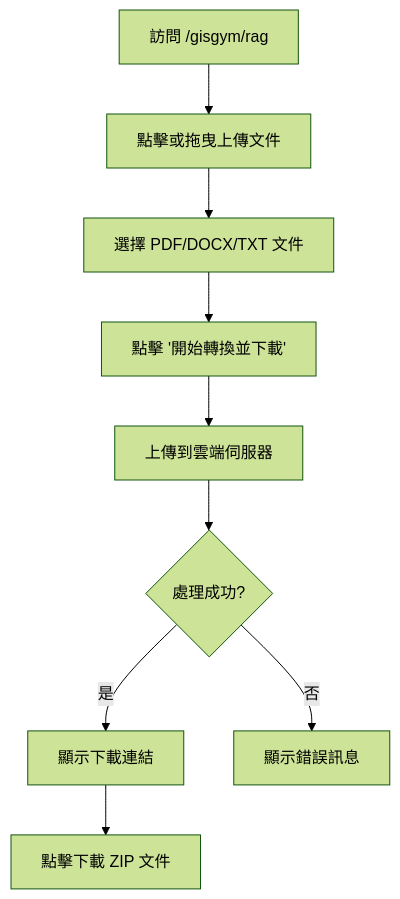
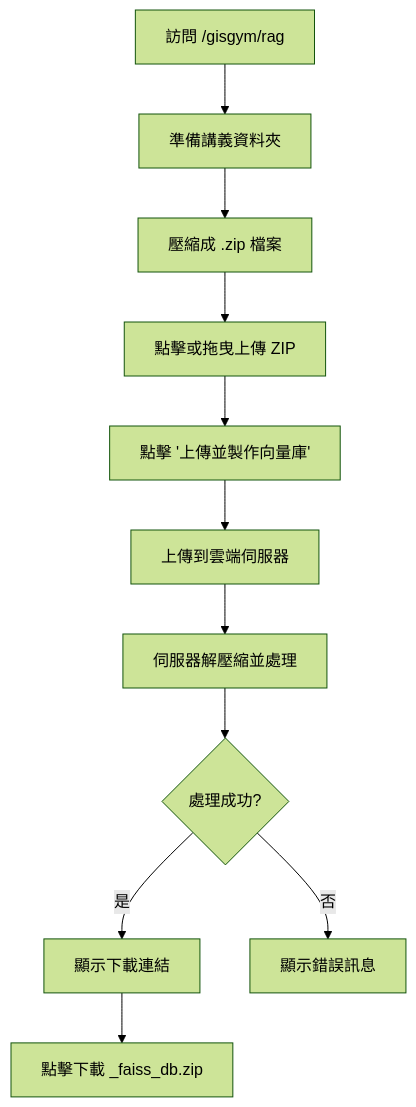
Before and after one commit to kevin7261/gisgym: the diagram in docs/RAG_PAGE_DOCUMENTATION.md, drawn with Mermaid (forest theme). The commit also changed other lines of this file and 3 other files, not shown here.

Commit message:
Update RAG page documentation and RagView component to support ZIP file uploads, including nested folder structures and multiple file types. Adjusted API endpoint and UI elements to reflect changes. Removed outdated PDF file.

````diff
--- a/docs/RAG_PAGE_DOCUMENTATION.md
+++ b/docs/RAG_PAGE_DOCUMENTATION.md
@@ -92,11 +123,13 @@
 ```mermaid
 graph TD
-    A[訪問 /gisgym/rag] --> B[點擊或拖曳上傳文件]
-    B --> C[選擇 PDF/DOCX/TXT 文件]
-    C --> D[點擊 '開始轉換並下載']
-    D --> E[上傳到雲端伺服器]
-    E --> F{處理成功?}
-    F -->|是| G[顯示下載連結]
-    F -->|否| H[顯示錯誤訊息]
-    G --> I[點擊下載 ZIP 文件]
+    A[訪問 /gisgym/rag] --> B[準備講義資料夾]
+    B --> C[壓縮成 .zip 檔案]
+    C --> D[點擊或拖曳上傳 ZIP]
+    D --> E[點擊 '上傳並製作向量庫']
+    E --> F[上傳到雲端伺服器]
+    F --> G[伺服器解壓縮並處理]
+    G --> H{處理成功?}
+    H -->|是| I[顯示下載連結]
+    H -->|否| J[顯示錯誤訊息]
+    I --> K[點擊下載 _faiss_db.zip]
 ```
````
